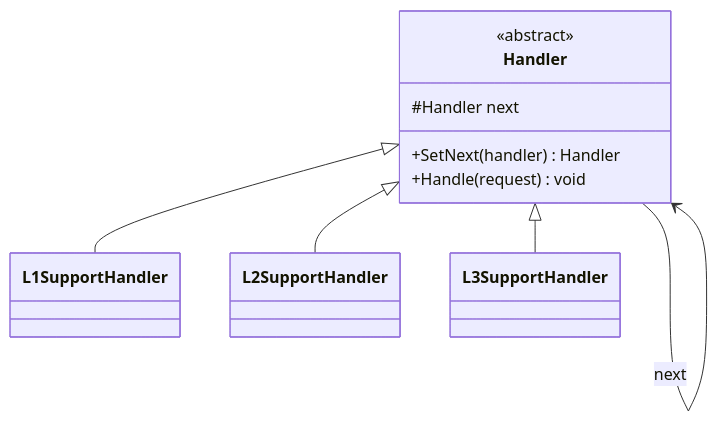
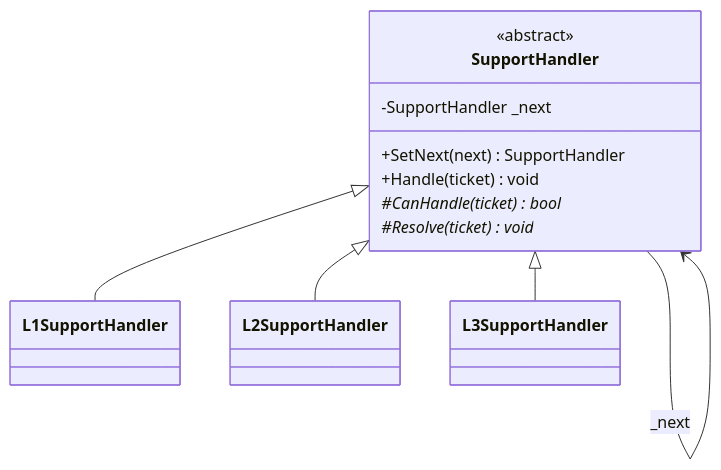
Before and after one commit to tushardongre1990/LLD-Claude: the first of 2 diagrams in 00-Foundations/04-Design-Patterns/Behavioral/ChainOfResponsibility/notes.md, drawn with Mermaid. The commit also changed other lines of this file and 52 other files, not shown here.

First line of the commit message:
docs(03-SOLID, 04-Patterns): make notes self-contained; fix diagram/code drift

````diff
--- a/00-Foundations/04-Design-Patterns/Behavioral/ChainOfResponsibility/notes.md
+++ b/00-Foundations/04-Design-Patterns/Behavioral/ChainOfResponsibility/notes.md
@@ -10,16 +10,18 @@
 ```mermaid
 classDiagram
-    class Handler {
+    class SupportHandler {
         <<abstract>>
-        #Handler next
-        +SetNext(handler) Handler
-        +Handle(request) void
+        -SupportHandler _next
+        +SetNext(next) SupportHandler
+        +Handle(ticket) void
+        #CanHandle(ticket)* bool
+        #Resolve(ticket)* void
     }
     class L1SupportHandler
     class L2SupportHandler
     class L3SupportHandler
-    Handler <|-- L1SupportHandler
-    Handler <|-- L2SupportHandler
-    Handler <|-- L3SupportHandler
-    Handler --> Handler : next
+    SupportHandler <|-- L1SupportHandler
+    SupportHandler <|-- L2SupportHandler
+    SupportHandler <|-- L3SupportHandler
+    SupportHandler --> SupportHandler : _next
 ```
````
